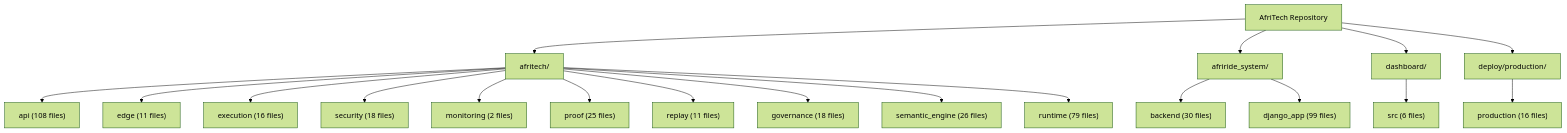
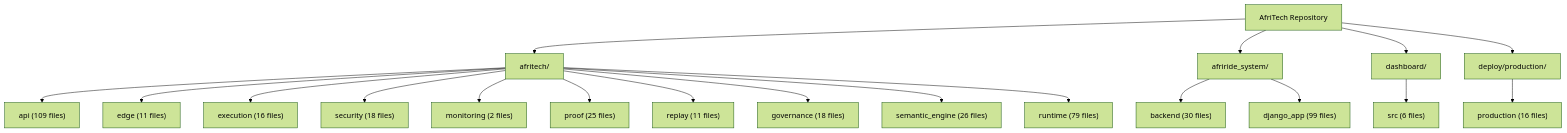
One commit to Strelly2023/afritelematics changed the second of 2 diagrams in docs/architecture/AFRITECH_FULL_ARCHITECTURE_GRAPH.md. Above: the diagram before and after it, drawn with Mermaid (forest theme). The commit also changed other lines of this file and 17 other files, not shown here.

````diff
--- a/docs/architecture/AFRITECH_FULL_ARCHITECTURE_GRAPH.md
+++ b/docs/architecture/AFRITECH_FULL_ARCHITECTURE_GRAPH.md
@@ -64,23 +64,23 @@
 ```mermaid
 flowchart TD
     Root["AfriTech Repository"] --> Core["afritech/"]
     Root --> Ride["afriride_system/"]
     Root --> Ui["dashboard/"]
     Root --> Deploy["deploy/production/"]
 
-    Core --> Api["api (108 files)"]
+    Core --> Api["api (109 files)"]
     Core --> Edge["edge (11 files)"]
     Core --> Execution["execution (16 files)"]
     Core --> Security["security (18 files)"]
     Core --> Monitoring["monitoring (2 files)"]
     Core --> Proof["proof (25 files)"]
     Core --> Replay["replay (11 files)"]
     Core --> Governance["governance (18 files)"]
     Core --> Semantic["semantic_engine (26 files)"]
     Core --> Runtime["runtime (79 files)"]
 
     Ride --> Backend["backend (30 files)"]
     Ride --> Django["django_app (99 files)"]
     Ui --> Dashboard["src (6 files)"]
     Deploy --> Production["production (16 files)"]
 ```
````
